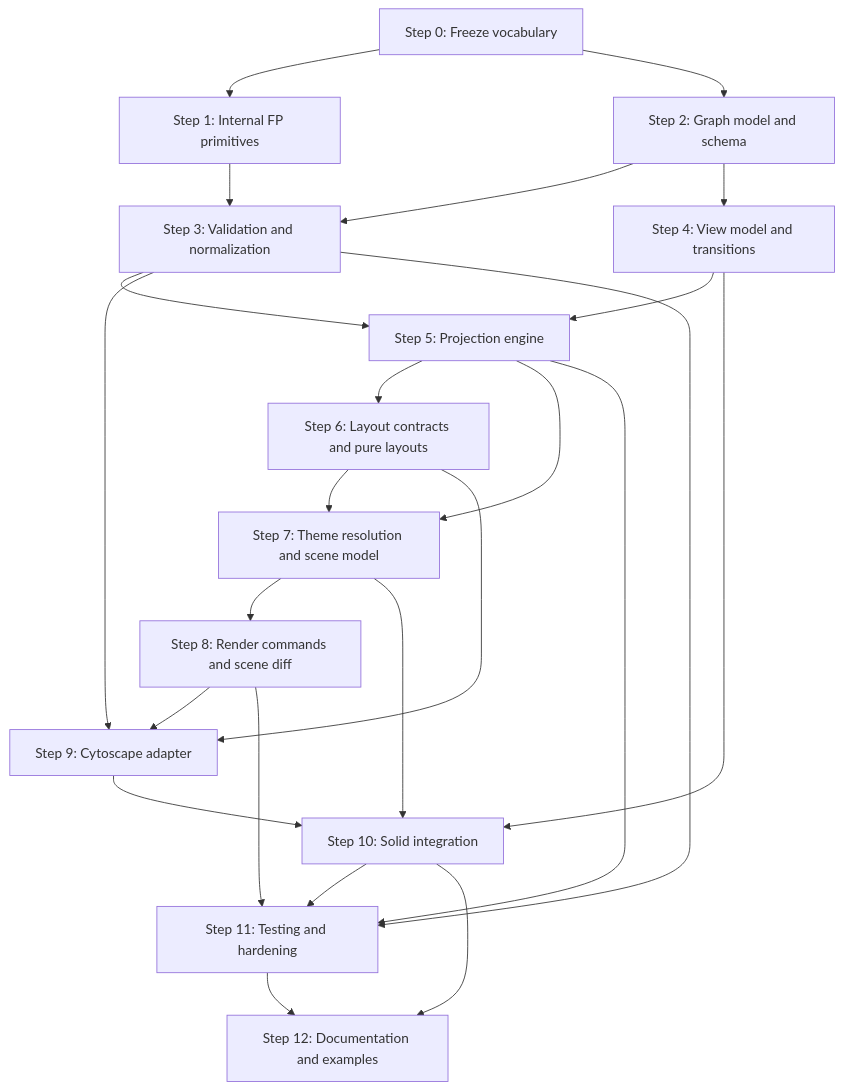
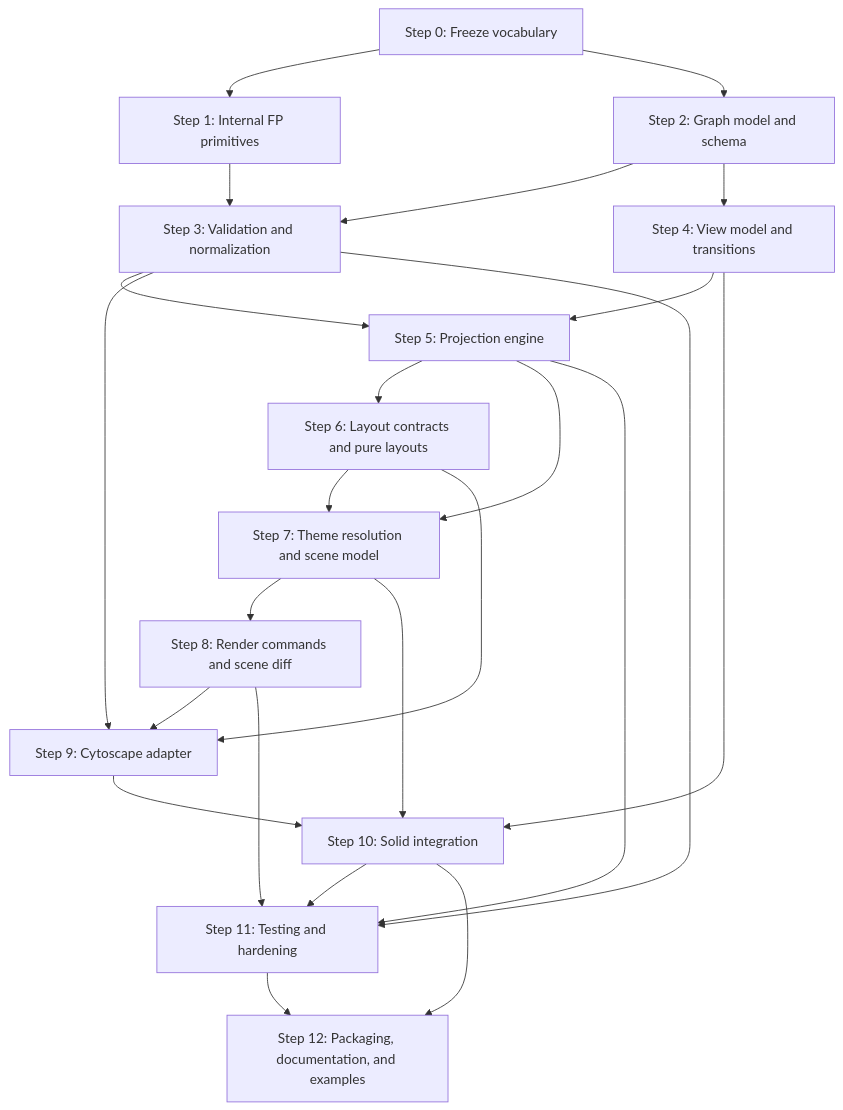
One commit to hatchling13/munchkeen changed the diagram in meta/TODO.md. Above: the diagram before and after it, drawn with Mermaid. The commit also changed other lines of this file and 24 other files, not shown here.

````diff
--- a/meta/TODO.md
+++ b/meta/TODO.md
@@ -22,40 +22,40 @@
 ```mermaid
 flowchart TD
   S0["Step 0: Freeze vocabulary"]
   S1["Step 1: Internal FP primitives"]
   S2["Step 2: Graph model and schema"]
   S3["Step 3: Validation and normalization"]
   S4["Step 4: View model and transitions"]
   S5["Step 5: Projection engine"]
   S6["Step 6: Layout contracts and pure layouts"]
   S7["Step 7: Theme resolution and scene model"]
   S8["Step 8: Render commands and scene diff"]
   S9["Step 9: Cytoscape adapter"]
   S10["Step 10: Solid integration"]
   S11["Step 11: Testing and hardening"]
-  S12["Step 12: Documentation and examples"]
+  S12["Step 12: Packaging, documentation, and examples"]
 
   S0 --> S1
   S0 --> S2
   S1 --> S3
   S2 --> S3
   S2 --> S4
   S3 --> S5
   S4 --> S5
   S5 --> S6
   S5 --> S7
   S6 --> S7
   S7 --> S8
   S8 --> S9
   S3 --> S9
   S6 --> S9
   S4 --> S10
   S7 --> S10
   S9 --> S10
   S10 --> S11
   S3 --> S11
   S5 --> S11
   S8 --> S11
   S11 --> S12
   S10 --> S12
 ```
````
